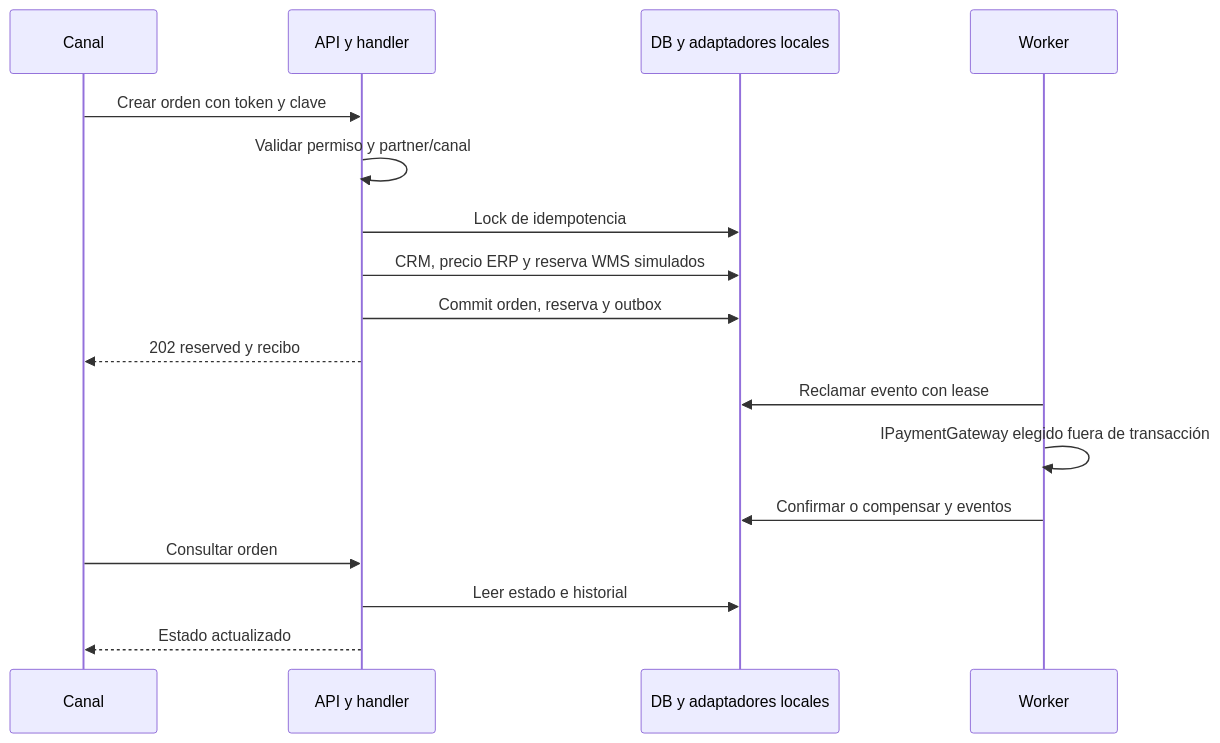
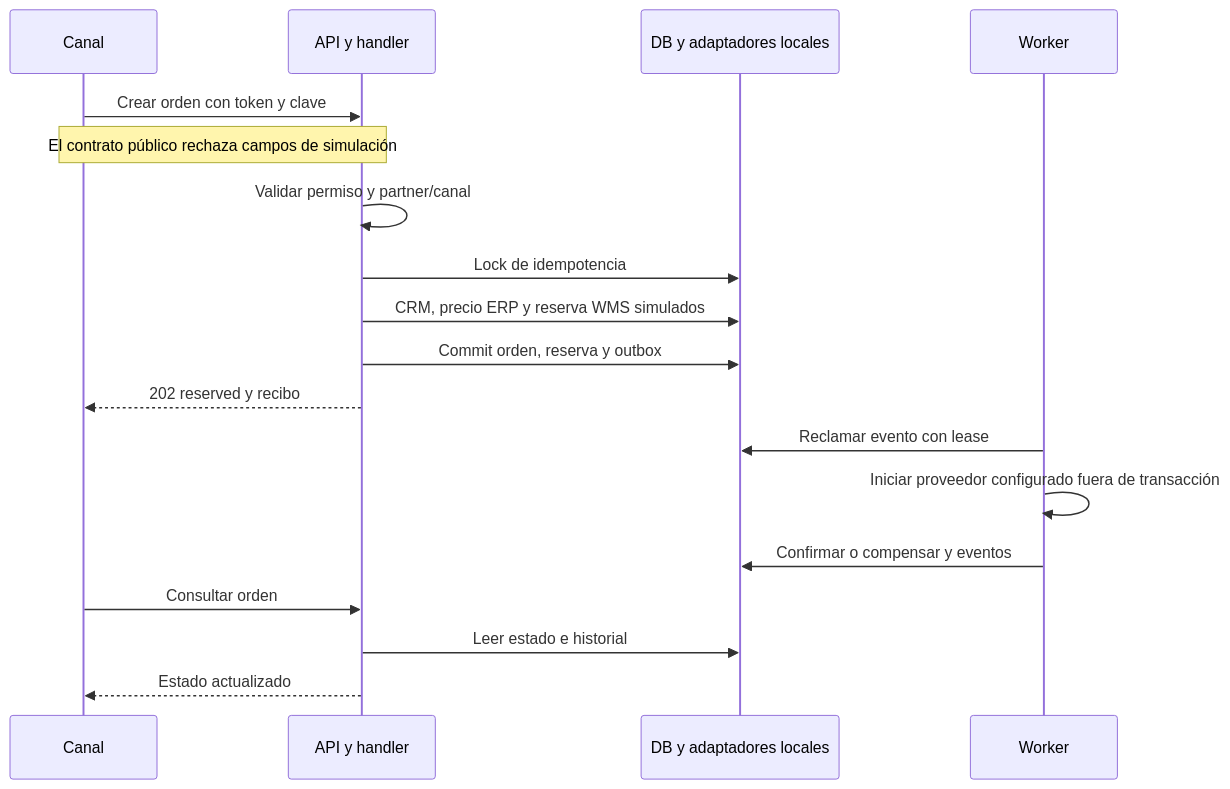
Before and after one commit to Arukado01/vortexbird-documentation: the diagram in diagrams/05-create-order.mmd, drawn with Mermaid. The commit also changed 33 other files, not shown here.

Commit message:
docs: add help center, ECS IAM and CI/CD diagrams

```diff
--- a/diagrams/05-create-order.mmd
+++ b/diagrams/05-create-order.mmd
@@ -1,17 +1,18 @@
 sequenceDiagram
   participant C as Canal
   participant A as API y handler
   participant D as DB y adaptadores locales
   participant W as Worker
   C->>A: Crear orden con token y clave
+  Note over C,A: El contrato público rechaza campos de simulación
   A->>A: Validar permiso y partner/canal
   A->>D: Lock de idempotencia
   A->>D: CRM, precio ERP y reserva WMS simulados
   A->>D: Commit orden, reserva y outbox
   A-->>C: 202 reserved y recibo
   W->>D: Reclamar evento con lease
-  W->>W: IPaymentGateway elegido fuera de transacción
+  W->>W: Iniciar proveedor configurado fuera de transacción
   W->>D: Confirmar o compensar y eventos
   C->>A: Consultar orden
   A->>D: Leer estado e historial
   A-->>C: Estado actualizado
```
